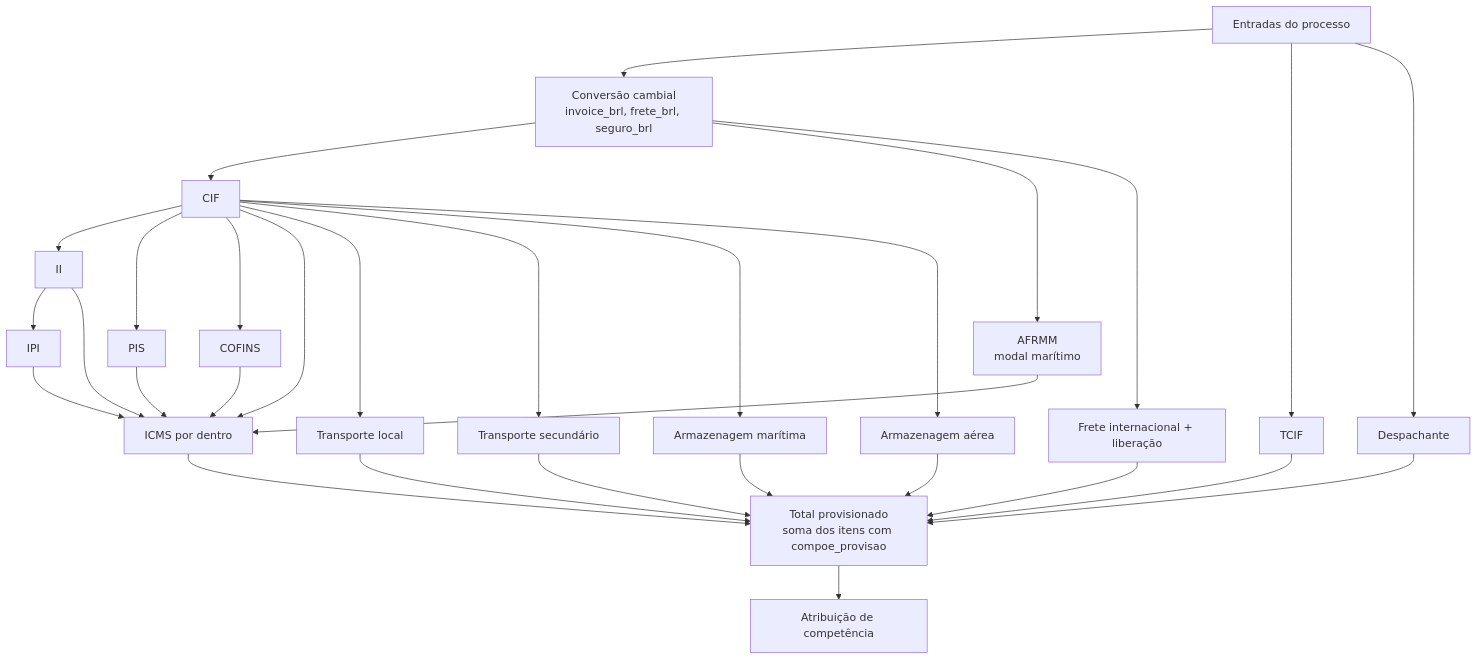
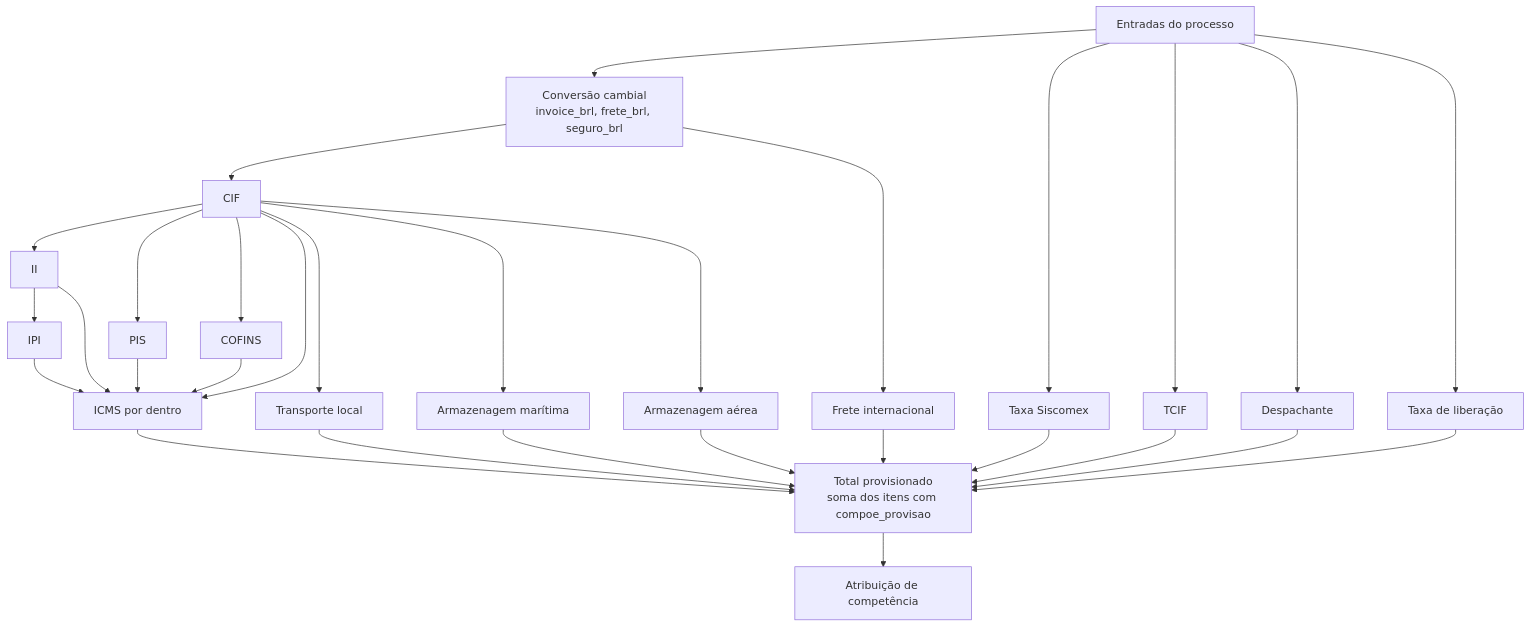
The diagram in docs/04-motor-de-calculo.md (Wasion-it/forescatcost), drawn with Mermaid before and after one commit. The commit also changed other lines of this file and 19 other files, not shown here.

Commit message:
feat: regras de cálculo (liberação variável, Siscomex, II/IPI suspensos) e remoção de AFRMM e transporte secundário

````diff
--- a/docs/04-motor-de-calculo.md
+++ b/docs/04-motor-de-calculo.md
@@ -9,20 +9,20 @@
 ```mermaid
 flowchart TD
     E[Entradas do processo] --> CONV[Conversão cambial<br/>invoice_brl, frete_brl, seguro_brl]
     CONV --> CIF[CIF]
     CIF --> II[II]
     CIF --> PIS[PIS]
     CIF --> COFINS[COFINS]
     II --> IPI[IPI]
-    CONV --> AFRMM[AFRMM<br/>modal marítimo]
-    CIF & II & IPI & PIS & COFINS & AFRMM --> ICMS[ICMS por dentro]
+    E --> SISC[Taxa Siscomex]
+    CIF & II & IPI & PIS & COFINS --> ICMS[ICMS por dentro]
     E --> TCIF[TCIF]
     CIF --> TL[Transporte local]
-    CIF --> TS[Transporte secundário]
     CIF --> AM[Armazenagem marítima]
     CIF --> AA[Armazenagem aérea]
     E --> DESP[Despachante]
-    CONV --> FI[Frete internacional + liberação]
-    ICMS & TCIF & TL & TS & AM & AA & DESP & FI --> TOT[Total provisionado<br/>soma dos itens com compoe_provisao]
+    CONV --> FI[Frete internacional]
+    E --> LIB[Taxa de liberação]
+    SISC & ICMS & TCIF & TL & AM & AA & DESP & FI & LIB --> TOT[Total provisionado<br/>soma dos itens com compoe_provisao]
     TOT --> COMP[Atribuição de competência]
 ```
````
